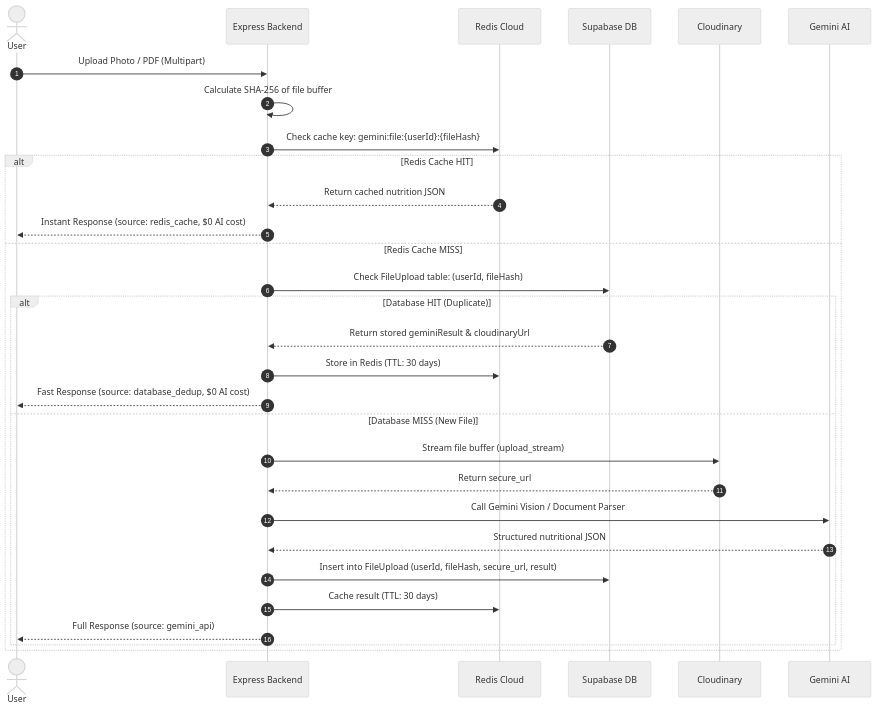
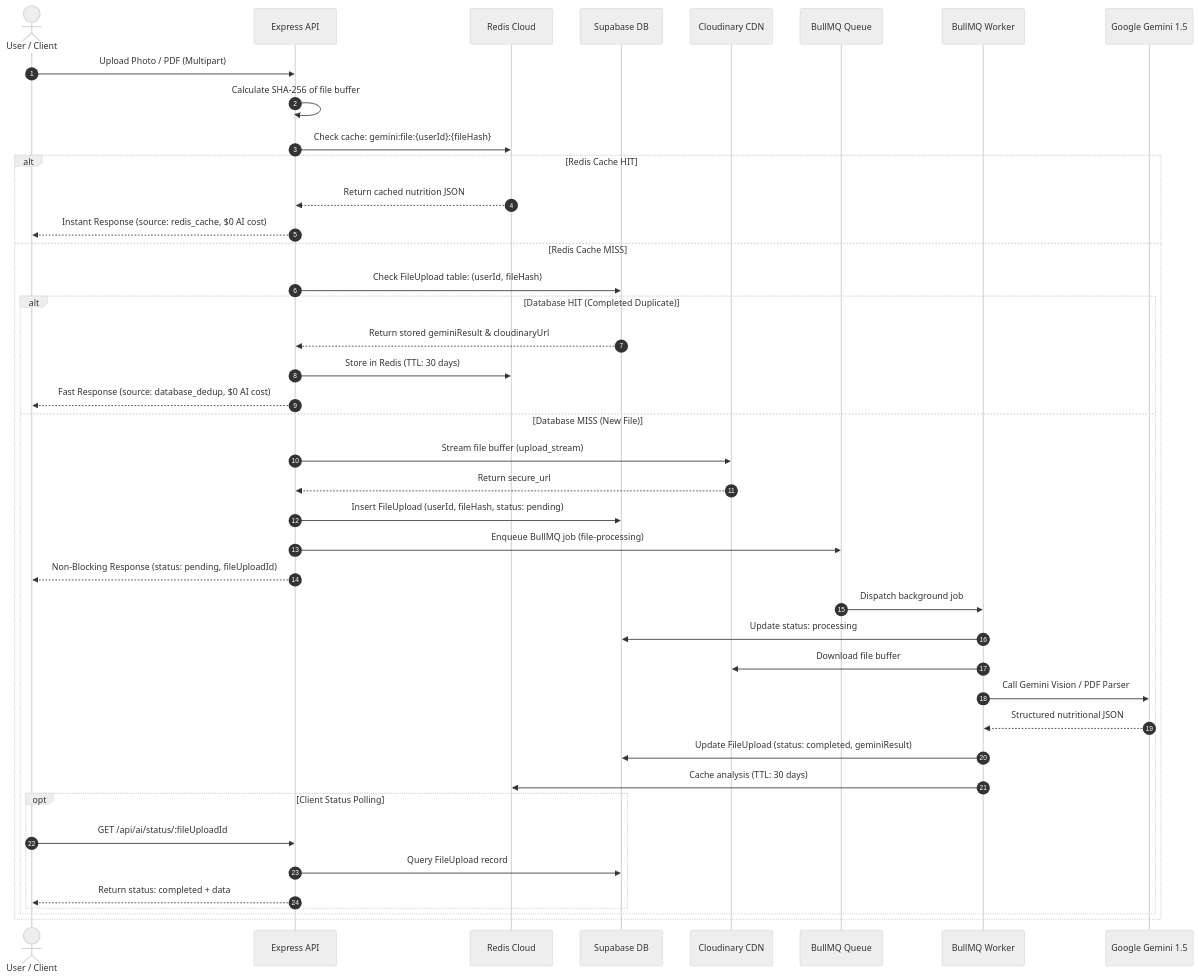
One commit to happylakhotia/Calorie-Tracker changed the third of 3 diagrams in README.md. Above: the diagram before and after it, drawn with Mermaid (neutral theme). The commit also changed other lines of this file and 5 other files, not shown here.

````diff
--- a/README.md
+++ b/README.md
@@ -195,34 +202,48 @@
 ```mermaid
 sequenceDiagram
     autonumber
-    actor User as User
-    participant Server as Express Backend
+    actor User as User / Client
+    participant Server as Express API
     participant Redis as Redis Cloud
     participant DB as Supabase DB
-    participant Cloud as Cloudinary
-    participant AI as Gemini AI
+    participant Cloud as Cloudinary CDN
+    participant Queue as BullMQ Queue
+    participant Worker as BullMQ Worker
+    participant AI as Google Gemini 1.5
 
     User->>Server: Upload Photo / PDF (Multipart)
     Server->>Server: Calculate SHA-256 of file buffer
-    Server->>Redis: Check cache key: gemini:file:{userId}:{fileHash}
+    Server->>Redis: Check cache: gemini:file:{userId}:{fileHash}
 
     alt Redis Cache HIT
         Redis-->>Server: Return cached nutrition JSON
-        Server-->>User:  Instant Response (source: redis_cache, $0 AI cost)
+        Server-->>User: Instant Response (source: redis_cache, $0 AI cost)
     else Redis Cache MISS
         Server->>DB: Check FileUpload table: (userId, fileHash)
-        alt Database HIT (Duplicate)
+        alt Database HIT (Completed Duplicate)
             DB-->>Server: Return stored geminiResult & cloudinaryUrl
             Server->>Redis: Store in Redis (TTL: 30 days)
             Server-->>User: Fast Response (source: database_dedup, $0 AI cost)
         else Database MISS (New File)
             Server->>Cloud: Stream file buffer (upload_stream)
             Cloud-->>Server: Return secure_url
-            Server->>AI: Call Gemini Vision / Document Parser
-            AI-->>Server: Structured nutritional JSON
-            Server->>DB: Insert into FileUpload (userId, fileHash, secure_url, result)
-            Server->>Redis: Cache result (TTL: 30 days)
-            Server-->>User: Full Response (source: gemini_api)
+            Server->>DB: Insert FileUpload (userId, fileHash, status: pending)
+            Server->>Queue: Enqueue BullMQ job (file-processing)
+            Server-->>User: Non-Blocking Response (status: pending, fileUploadId)
+
+            Queue->>Worker: Dispatch background job
+            Worker->>DB: Update status: processing
+            Worker->>Cloud: Download file buffer
+            Worker->>AI: Call Gemini Vision / PDF Parser
+            AI-->>Worker: Structured nutritional JSON
+            Worker->>DB: Update FileUpload (status: completed, geminiResult)
+            Worker->>Redis: Cache analysis (TTL: 30 days)
+
+            opt Client Status Polling
+                User->>Server: GET /api/ai/status/:fileUploadId
+                Server->>DB: Query FileUpload record
+                Server-->>User: Return status: completed + data
+            end
         end
     end
 ```
````
